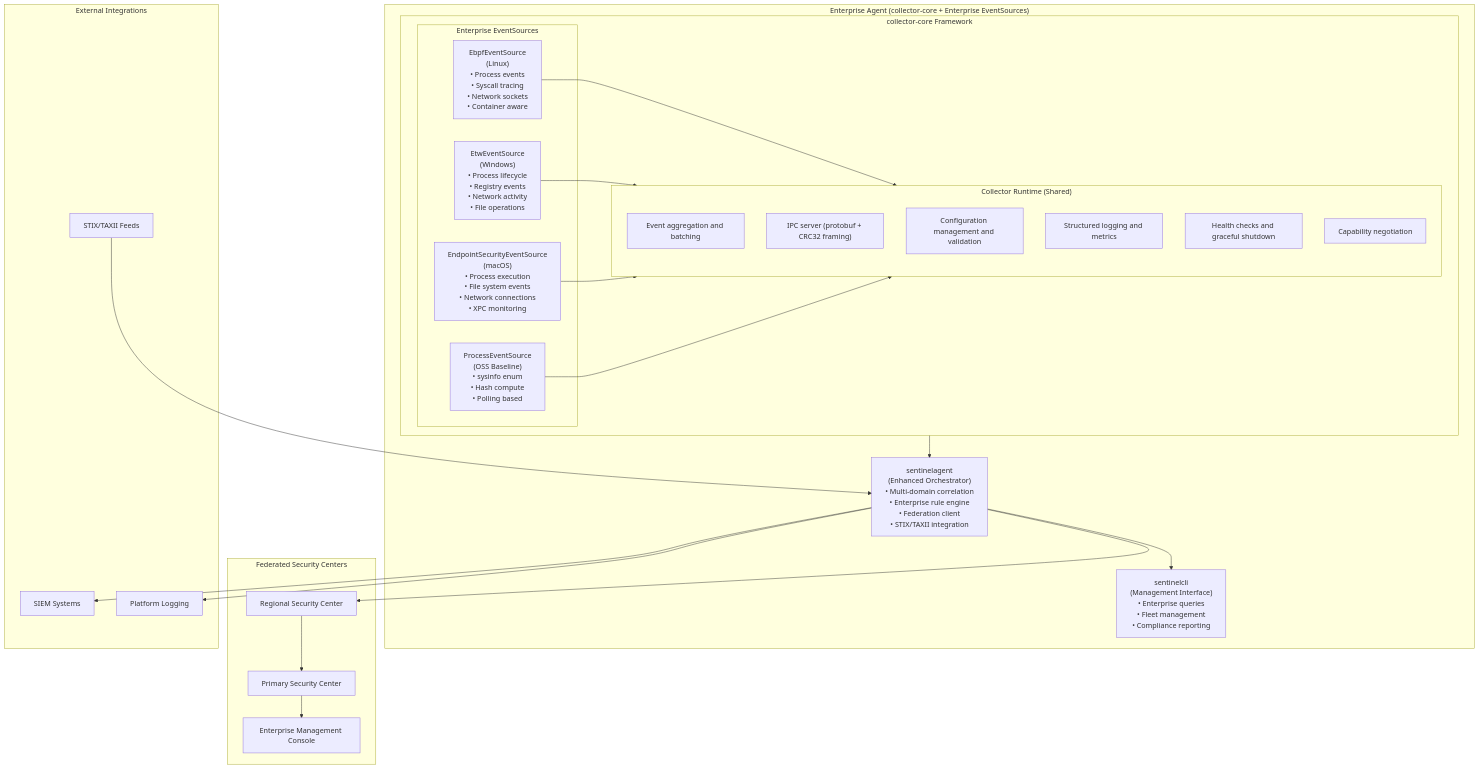
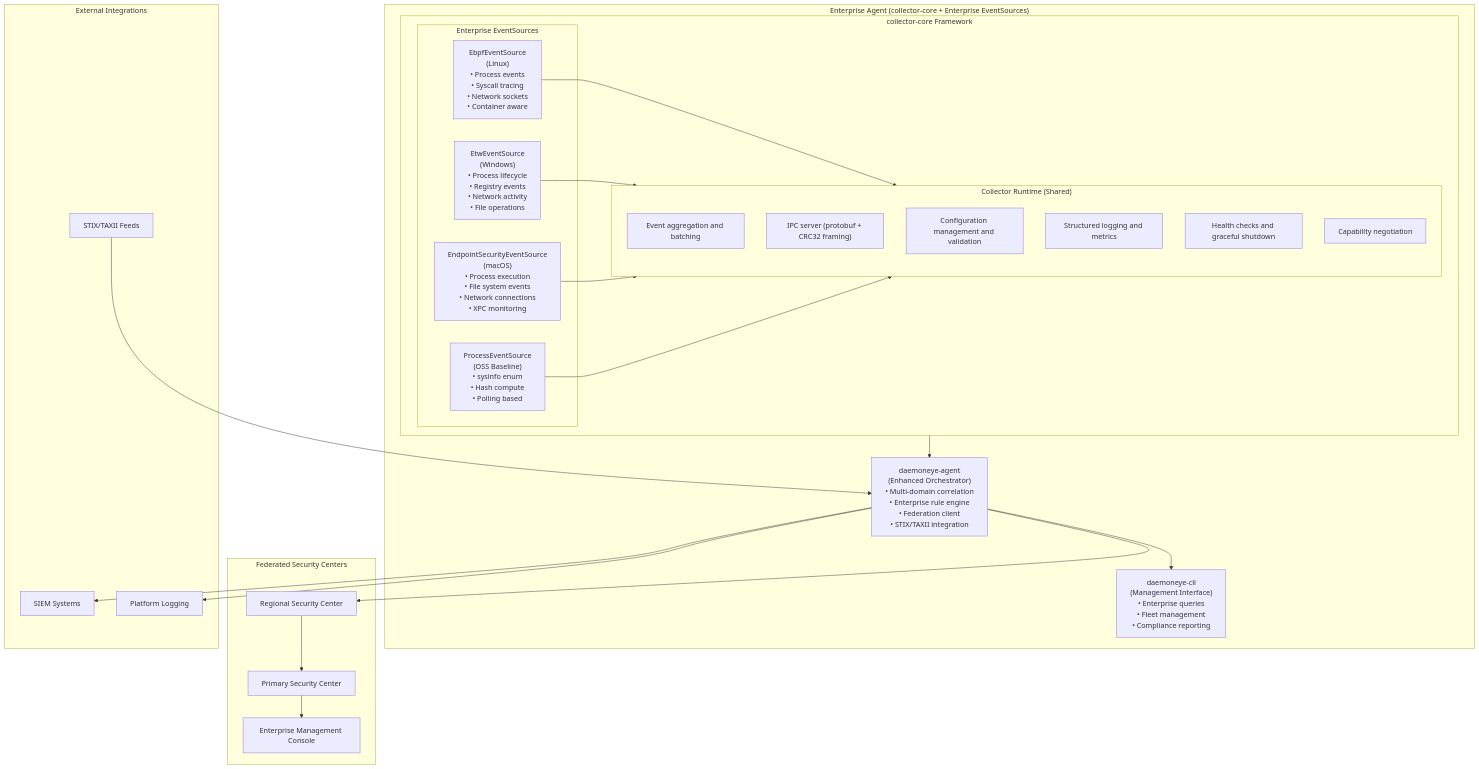
The diagram in .kiro/specs/enterprise-tier-features/design.md (EvilBit-Labs/DaemonEye), drawn with Mermaid before and after one commit. The commit also changed other lines of this file and 211 other files, not shown here.

````diff
--- a/.kiro/specs/enterprise-tier-features/design.md
+++ b/.kiro/specs/enterprise-tier-features/design.md
@@ -15,51 +15,51 @@
 ```mermaid
 graph TB
     subgraph "Enterprise Agent (collector-core + Enterprise EventSources)"
         subgraph CC["collector-core Framework"]
             subgraph ES["Enterprise EventSources"]
                 EBPF["EbpfEventSource<br/>(Linux)<br/>• Process events<br/>• Syscall tracing<br/>• Network sockets<br/>• Container aware"]
                 ETW["EtwEventSource<br/>(Windows)<br/>• Process lifecycle<br/>• Registry events<br/>• Network activity<br/>• File operations"]
                 ENDPOINT["EndpointSecurityEventSource<br/>(macOS)<br/>• Process execution<br/>• File system events<br/>• Network connections<br/>• XPC monitoring"]
                 PROC["ProcessEventSource<br/>(OSS Baseline)<br/>• sysinfo enum<br/>• Hash compute<br/>• Polling based"]
             end
 
             subgraph CR["Collector Runtime (Shared)"]
                 AGG["Event aggregation and batching"]
                 IPC["IPC server (protobuf + CRC32 framing)"]
                 CFG["Configuration management and validation"]
                 LOG["Structured logging and metrics"]
                 HEALTH["Health checks and graceful shutdown"]
                 CAP["Capability negotiation"]
             end
 
             EBPF --> CR
             ETW --> CR
             ENDPOINT --> CR
             PROC --> CR
         end
 
-        AGENT["sentinelagent<br/>(Enhanced Orchestrator)<br/>• Multi-domain correlation<br/>• Enterprise rule engine<br/>• Federation client<br/>• STIX/TAXII integration"]
-        CLI["sentinelcli<br/>(Management Interface)<br/>• Enterprise queries<br/>• Fleet management<br/>• Compliance reporting"]
+        AGENT["daemoneye-agent<br/>(Enhanced Orchestrator)<br/>• Multi-domain correlation<br/>• Enterprise rule engine<br/>• Federation client<br/>• STIX/TAXII integration"]
+        CLI["daemoneye-cli<br/>(Management Interface)<br/>• Enterprise queries<br/>• Fleet management<br/>• Compliance reporting"]
     end
 
     subgraph "Federated Security Centers"
         F[Regional Security Center]
         G[Primary Security Center]
         H[Enterprise Management Console]
     end
 
     subgraph "External Integrations"
         I[STIX/TAXII Feeds]
         J[SIEM Systems]
         K[Platform Logging]
     end
 
     CC --> AGENT
     AGENT --> CLI
     AGENT --> F
     F --> G
     G --> H
     I --> AGENT
     AGENT --> J
     AGENT --> K
 ```
````
